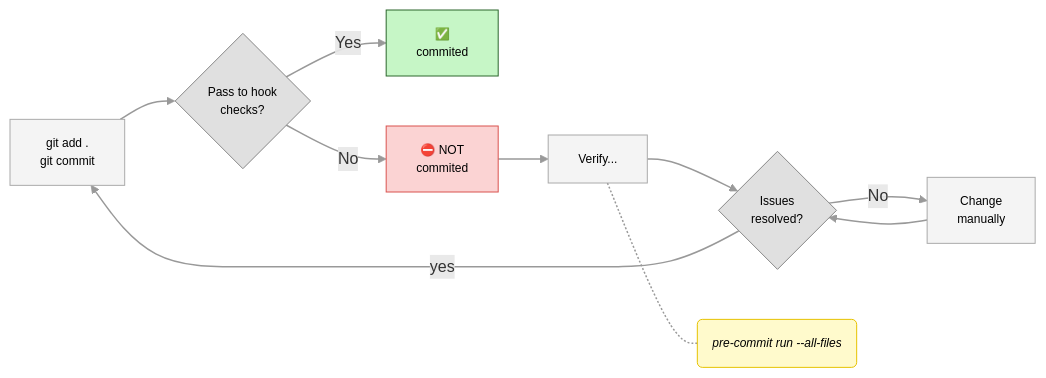
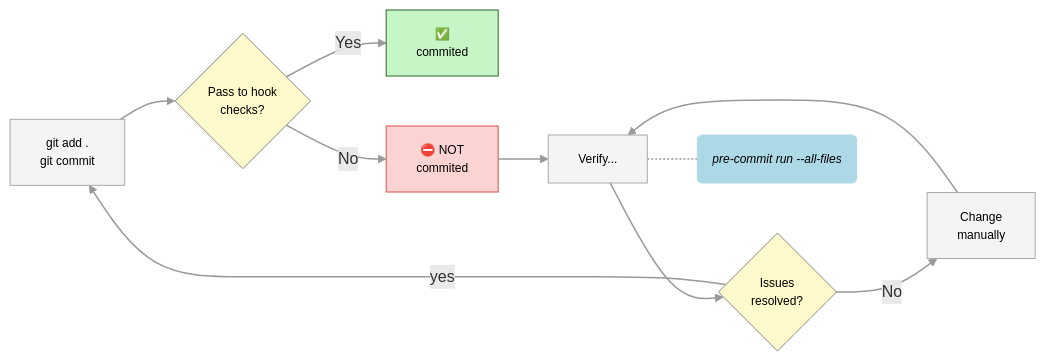
Before and after one commit to fernando-peres/template-python-lint: the diagram in README.md, drawn with Mermaid.

Commit message:
updated: readme

````diff
--- a/README.md
+++ b/README.md
@@ -68,31 +68,31 @@
 ```mermaid
 flowchart LR
     A[git add . <br>git commit]
     B{Pass to hook <br>checks?}
     C[✅ <br>commited]
     D[⛔️ NOT<br>commited]
     E[Verify...]
     F{Issues<br>resolved?}
     G[Change<br>manually]
     H(pre-commit run --all-files)
 
     A-->B-- Yes --> C
     B -- No --> D --> E --> F -- yes--> A
-    F -- No --> G --> F
+    F -- No --> G --> E
     E -.- H
 
-     classDef decision fill:#e0e0e0,stroke:#888,font-size:12px,color:#000000;
+    classDef decision fill:#fffacc,stroke:#888,font-size:12px,color:#000000;
     classDef success fill:#c6f6c6,stroke:#2c662d,font-size:12px,color:#000000;
     classDef failure fill:#fbd3d3,stroke:#d9534f,font-size:12px,color:#000000;
     classDef standard fill:#f4f4f4,stroke:#aaa,font-size:12px,color:#000000;
-    classDef note fill:#fffacc,stroke:#e6c200,font-size:12px,font-style:italic,color:#000000;
+    classDef note fill:#ADD8E6,stroke:#ADD8E6,font-size:12px,font-style:italic,color:#000000;
 
     class A,E,G,H standard
     class B,F decision
     class C success
     class D failure
     class H note
 
     %% Arrow (link) styles
     linkStyle default stroke:#999,stroke-width:1.5px;
 ```
````
